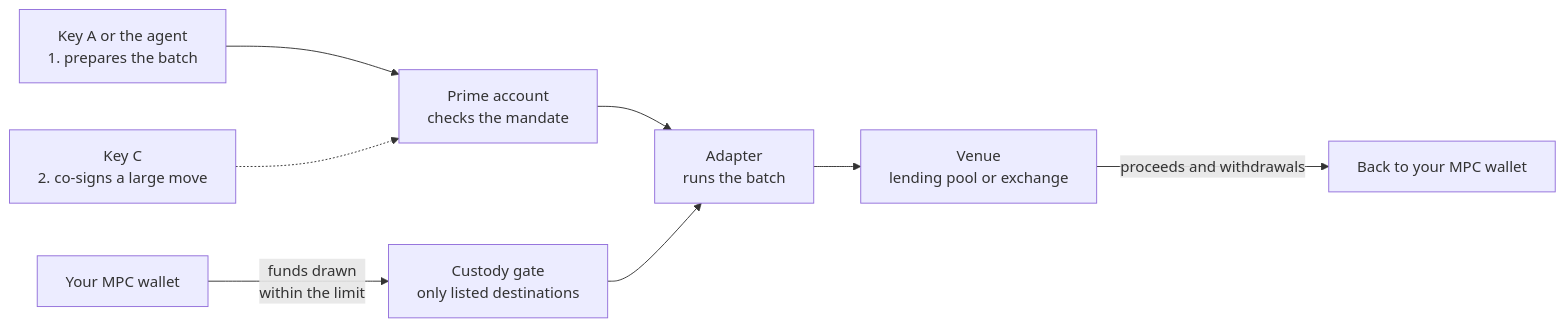
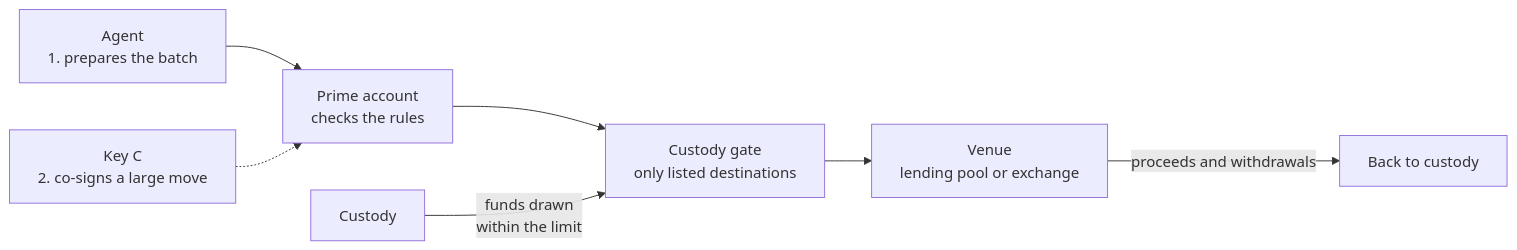
Before and after one commit to untangledfinance/oz-policy-builder: the second of 6 diagrams in docs/architecture.md, drawn with Mermaid. The commit also changed other lines of this file and 5 other files, not shown here.

First line of the commit message:
docs: a page per chain, an overview and a whole-system architecture

````diff
--- a/docs/architecture.md
+++ b/docs/architecture.md
@@ -69,10 +78,9 @@
 ```mermaid
 flowchart LR
-    A["Key A or the agent<br/>1. prepares the batch"] --> PRIME
+    A["Agent<br/>1. prepares the batch"] --> PRIME
     C["Key C<br/>2. co-signs a large move"] -.-> PRIME
-    PRIME["Prime account<br/>checks the mandate"] --> AD
-    MPC["Your MPC wallet"] -->|"funds drawn<br/>within the limit"| GATE["Custody gate<br/>only listed destinations"]
-    GATE --> AD["Adapter<br/>runs the batch"]
-    AD --> VENUE["Venue<br/>lending pool or exchange"]
-    VENUE -->|"proceeds and withdrawals"| BACK["Back to your MPC wallet"]
+    PRIME["Prime account<br/>checks the rules"] --> GATE
+    MPC["Custody"] -->|"funds drawn<br/>within the limit"| GATE["Custody gate<br/>only listed destinations"]
+    GATE --> VENUE["Venue<br/>lending pool or exchange"]
+    VENUE -->|"proceeds and withdrawals"| BACK["Back to custody"]
 ```
````
